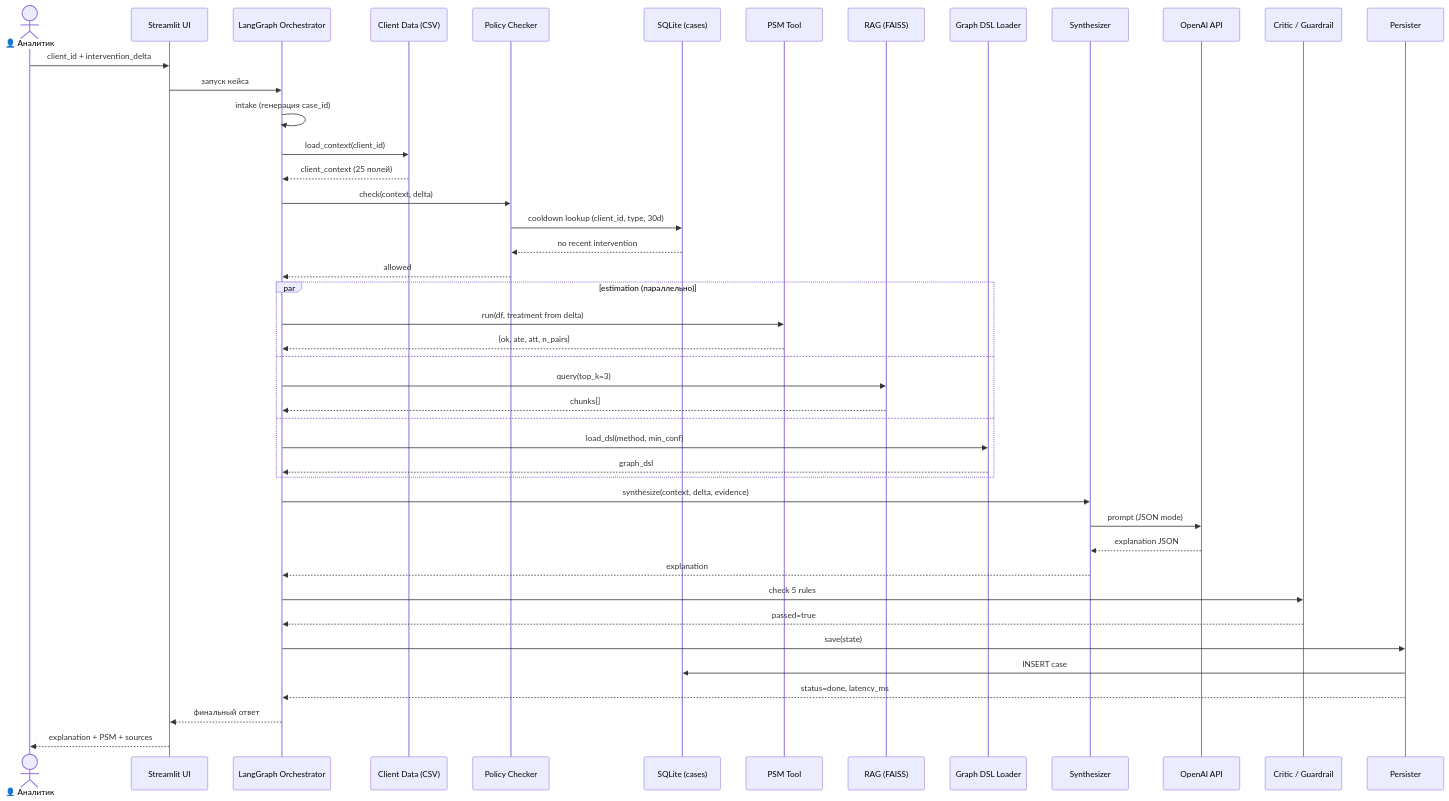
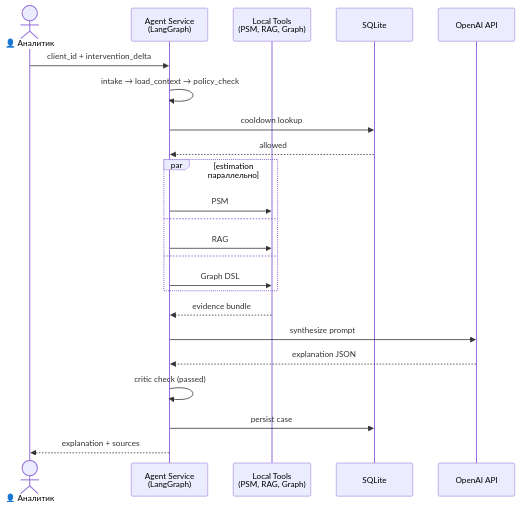
The diagram in docs/diagrams/sequence-happy-path.md (alllyuk/uplift-agent), drawn with Mermaid before and after one commit.

Commit message:
simplify happy path diagram

````diff
--- a/docs/diagrams/sequence-happy-path.md
+++ b/docs/diagrams/sequence-happy-path.md
@@ -7,53 +7,29 @@
 ```mermaid
 sequenceDiagram
     actor Analyst as 👤 Аналитик
-    participant UI as Streamlit UI
-    participant Orch as LangGraph Orchestrator
-    participant CSV as Client Data (CSV)
-    participant Policy as Policy Checker
-    participant DB as SQLite (cases)
-    participant PSM as PSM Tool
-    participant RAG as RAG (FAISS)
-    participant Graph as Graph DSL Loader
-    participant Synth as Synthesizer
+    participant Agent as Agent Service<br/>(LangGraph)
+    participant Tools as Local Tools<br/>(PSM, RAG, Graph)
+    participant DB as SQLite
     participant LLM as OpenAI API
-    participant Critic as Critic / Guardrail
-    participant Persist as Persister
 
-    Analyst->>UI: client_id + intervention_delta
-    UI->>Orch: запуск кейса
-    Orch->>Orch: intake (генерация case_id)
-    Orch->>CSV: load_context(client_id)
-    CSV-->>Orch: client_context (25 полей)
+    Analyst->>Agent: client_id + intervention_delta
+    Agent->>Agent: intake → load_context → policy_check
+    Agent->>DB: cooldown lookup
+    DB-->>Agent: allowed
 
-    Orch->>Policy: check(context, delta)
-    Policy->>DB: cooldown lookup (client_id, type, 30d)
-    DB-->>Policy: no recent intervention
-    Policy-->>Orch: allowed
+    par estimation параллельно
+        Agent->>Tools: PSM
+    and
+        Agent->>Tools: RAG
+    and
+        Agent->>Tools: Graph DSL
+    end
+    Tools-->>Agent: evidence bundle
 
-    par estimation (параллельно)
-        Orch->>PSM: run(df, treatment from delta)
-        PSM-->>Orch: {ok, ate, att, n_pairs}
-    and
-        Orch->>RAG: query(top_k=3)
-        RAG-->>Orch: chunks[]
-    and
-        Orch->>Graph: load_dsl(method, min_conf)
-        Graph-->>Orch: graph_dsl
-    end
+    Agent->>LLM: synthesize prompt
+    LLM-->>Agent: explanation JSON
+    Agent->>Agent: critic check (passed)
 
-    Orch->>Synth: synthesize(context, delta, evidence)
-    Synth->>LLM: prompt (JSON mode)
-    LLM-->>Synth: explanation JSON
-    Synth-->>Orch: explanation
-
-    Orch->>Critic: check 5 rules
-    Critic-->>Orch: passed=true
-
-    Orch->>Persist: save(state)
-    Persist->>DB: INSERT case
-    Persist-->>Orch: status=done, latency_ms
-
-    Orch-->>UI: финальный ответ
-    UI-->>Analyst: explanation + PSM + sources
+    Agent->>DB: persist case
+    Agent-->>Analyst: explanation + sources
 ```
````
